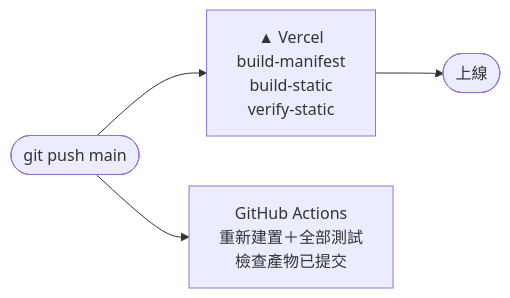
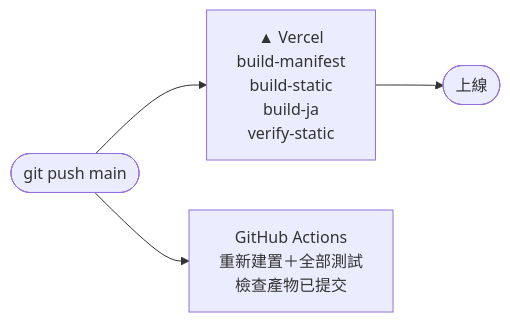
One commit to Yu-0312/senior-science changed the ninth of 9 diagrams in README.md. Above: the diagram before and after it, drawn with Mermaid. The commit also changed other lines of this file and 996 other files, not shown here.

````diff
--- a/README.md
+++ b/README.md
@@ -532,5 +555,5 @@
 ```mermaid
 flowchart LR
-    push(["git push main"]) --> V["▲ Vercel<br/>build-manifest<br/>build-static<br/>verify-static"] --> L(["上線"])
+    push(["git push main"]) --> V["▲ Vercel<br/>build-manifest<br/>build-static<br/>build-ja<br/>verify-static"] --> L(["上線"])
     push --> GA["GitHub Actions<br/>重新建置＋全部測試<br/>檢查產物已提交"]
 ```
````
